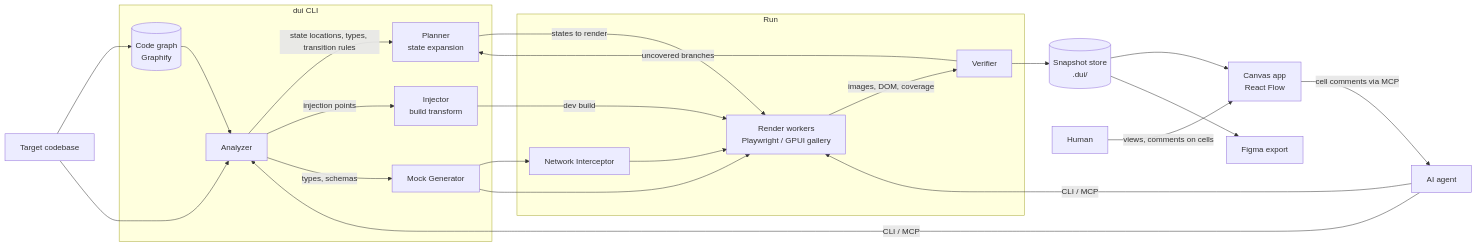
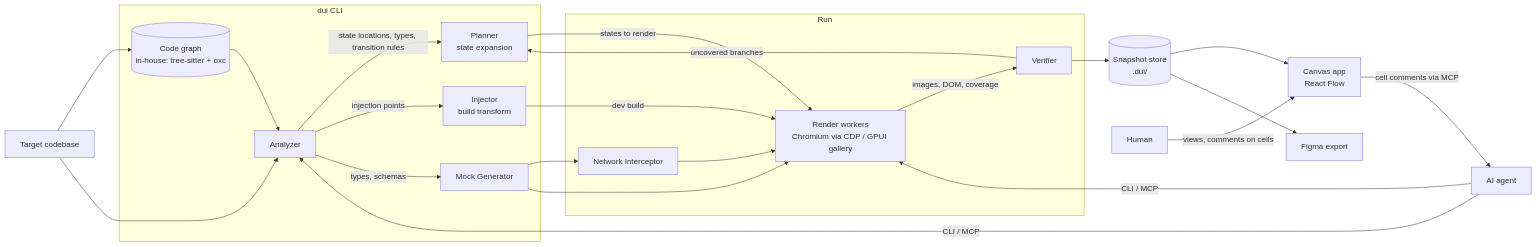
The diagram in docs/en/design-v0.md (de-novo/dui), drawn with Mermaid before and after one commit. The commit also changed other lines of this file and 9 other files, not shown here.

````diff
--- a/docs/en/design-v0.md
+++ b/docs/en/design-v0.md
@@ -58,38 +69,38 @@
 ```mermaid
 flowchart LR
   subgraph CLI["dui CLI"]
     A[Analyzer]
-    G[(Code graph<br/>Graphify)]
+    G[(Code graph<br/>in-house: tree-sitter + oxc)]
     I[Injector<br/>build transform]
     M[Mock Generator]
     P[Planner<br/>state expansion]
   end
   subgraph Run["Run"]
     N[Network Interceptor]
-    R[Render workers<br/>Playwright / GPUI gallery]
+    R[Render workers<br/>Chromium via CDP / GPUI gallery]
     V[Verifier]
   end
   S[(Snapshot store<br/>.dui/)]
   C[Canvas app<br/>React Flow]
   F[Figma export]
 
   Code[Target codebase] --> G --> A
   Code --> A
   A -->|state locations, types, transition rules| P
   A -->|injection points| I
   A -->|types, schemas| M
   P -->|states to render| R
   M --> N
   M --> R
   I -->|dev build| R
   N --> R
   R -->|images, DOM, coverage| V
   V --> S
   S --> C
   S --> F
   V -->|uncovered branches| P
   AI[AI agent] -->|CLI / MCP| A
   AI -->|CLI / MCP| R
   H[Human] -->|views, comments on cells| C
   C -->|cell comments via MCP| AI
 ```
````
